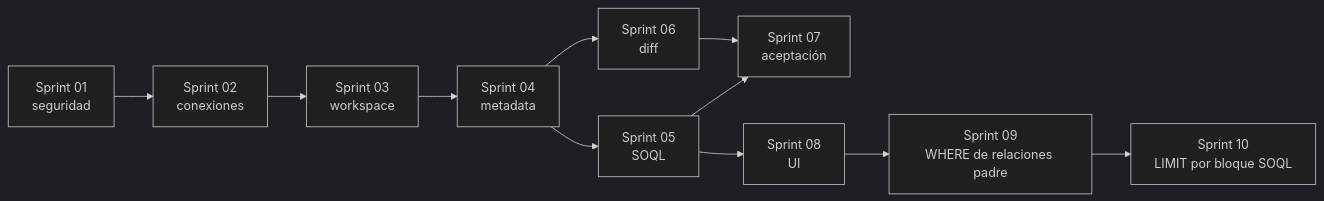
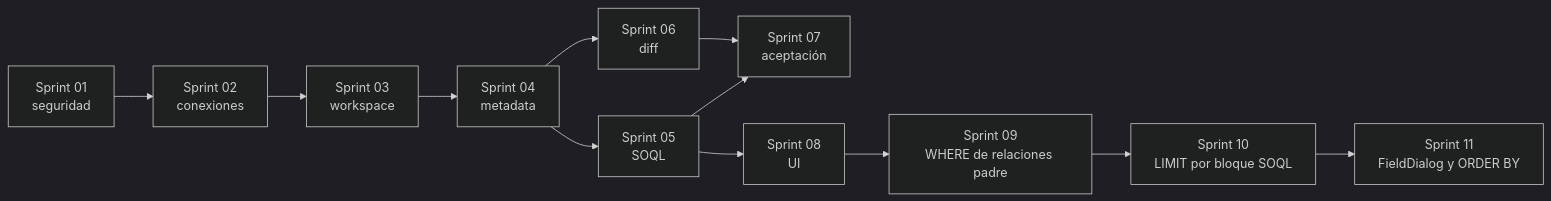
Before and after one commit to eBarrero/sfstudio: the diagram in doc/PLAN_DE_SPRINTS.md, drawn with Mermaid (dark theme). The commit also changed other lines of this file and 8 other files, not shown here.

Commit message:
docs: cerrar sprint 10 y planificar mejoras de FieldDialog

````diff
--- a/doc/PLAN_DE_SPRINTS.md
+++ b/doc/PLAN_DE_SPRINTS.md
@@ -37,13 +38,14 @@
 ```mermaid
 flowchart LR
     S1[Sprint 01<br/>seguridad] --> S2[Sprint 02<br/>conexiones]
     S2 --> S3[Sprint 03<br/>workspace]
     S3 --> S4[Sprint 04<br/>metadata]
     S4 --> S5[Sprint 05<br/>SOQL]
     S4 --> S6[Sprint 06<br/>diff]
     S5 --> S7[Sprint 07<br/>aceptación]
     S6 --> S7
     S5 --> S8[Sprint 08<br/>UI]
     S8 --> S9[Sprint 09<br/>WHERE de relaciones padre]
     S9 --> S10[Sprint 10<br/>LIMIT por bloque SOQL]
+    S10 --> S11[Sprint 11<br/>FieldDialog y ORDER BY]
 ```
````
